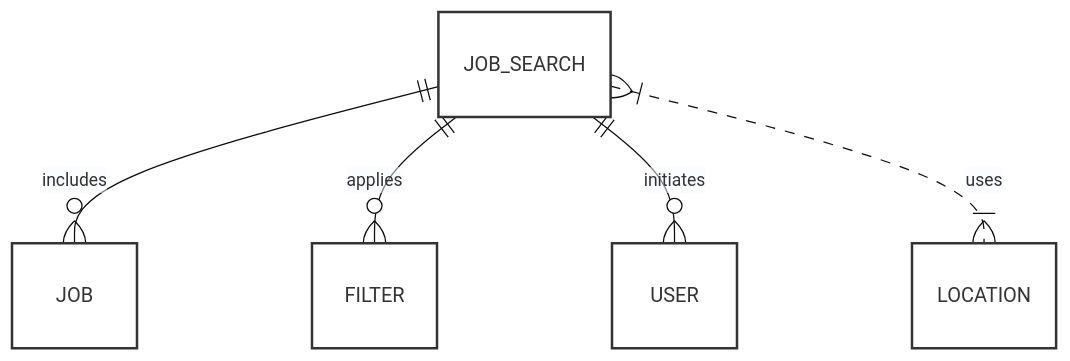
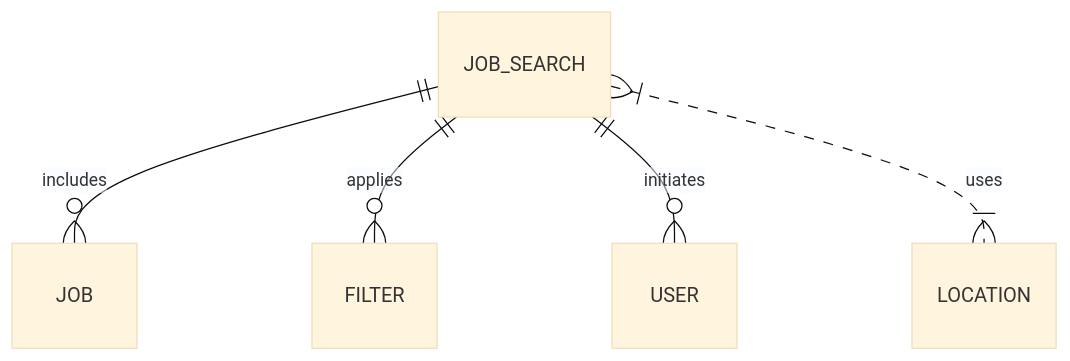
The diagram in README.md (EphimSh/careerhabr_tests), drawn with Mermaid (base theme) before and after one commit.

````diff
--- a/README.md
+++ b/README.md
@@ -41,14 +41,7 @@
 ```mermaid
 erDiagram
     JOB_SEARCH ||--o{ JOB : includes
     JOB_SEARCH ||--o{ FILTER : applies
     JOB_SEARCH ||--o{ USER : initiates
     JOB_SEARCH }|..|{ LOCATION : uses
-
-    style JOB_SEARCH fill:#fff,stroke:#333,stroke-width:2px;
-    style JOB fill:#fff,stroke:#333,stroke-width:2px;
-    style FILTER fill:#fff,stroke:#333,stroke-width:2px;
-    style USER fill:#fff,stroke:#333,stroke-width:2px;
-    style LOCATION fill:#fff,stroke:#333,stroke-width:2px;
-
 ```
````
